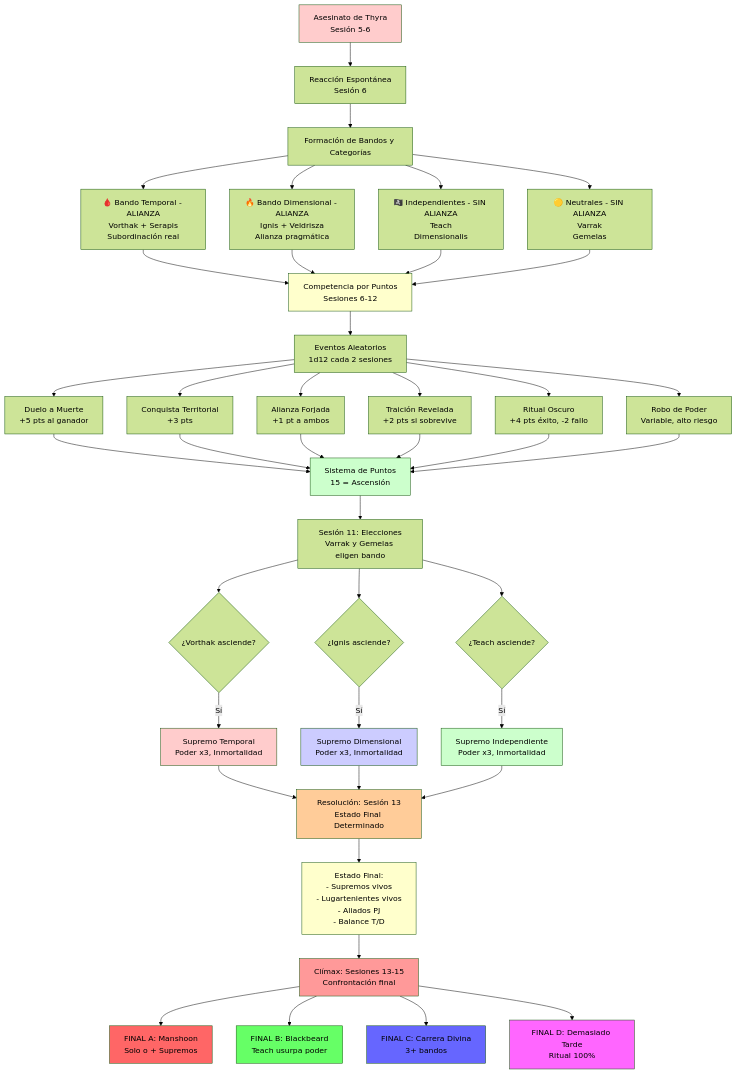
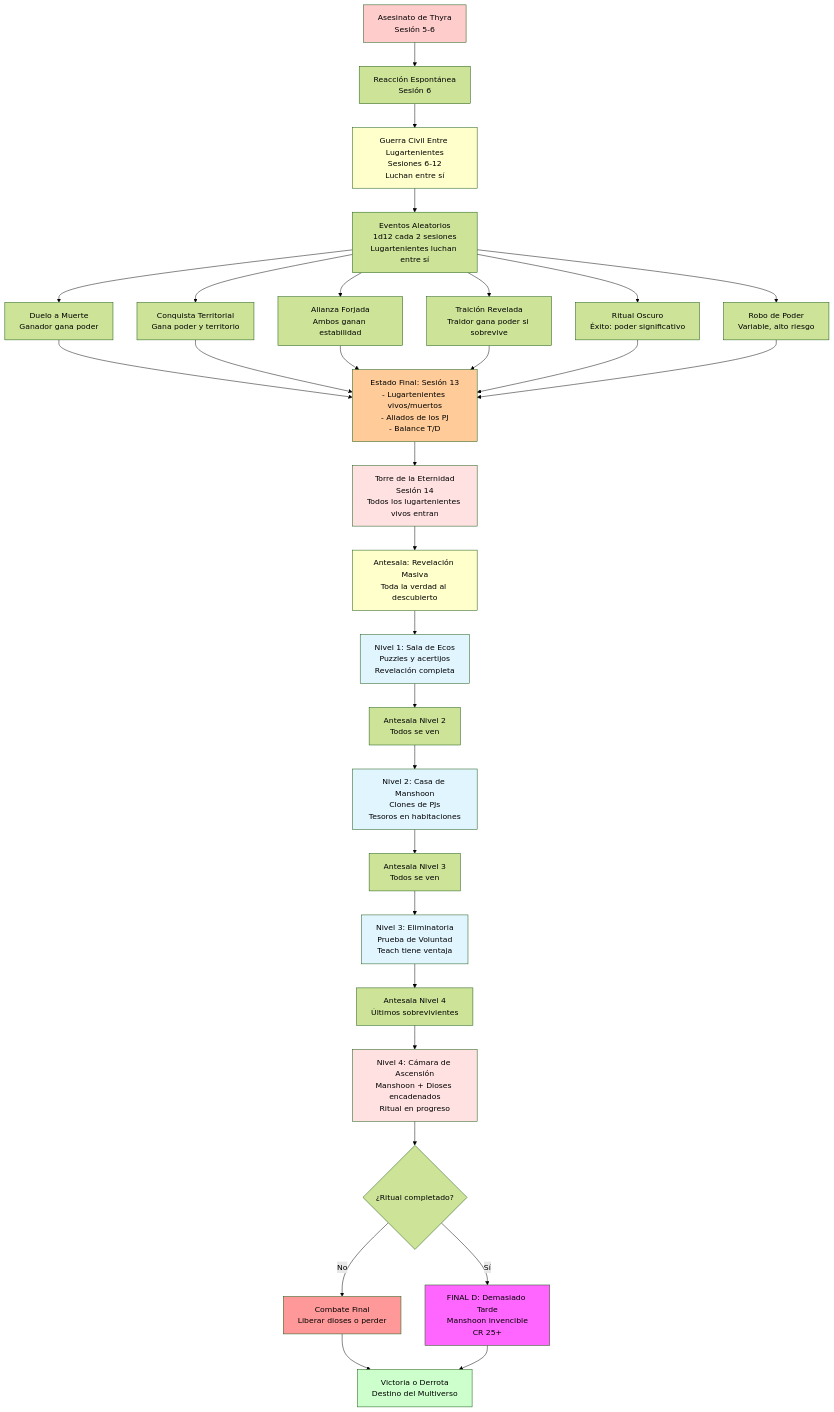
One commit to asantolaria/dnd-campaign-chronosia changed the diagram in Chronosia_Campana_Profesional/00_Esquemas/02_Ascension_Conclave.md. Above: the diagram before and after it, drawn with Mermaid (forest theme). The commit also changed other lines of this file and 70 other files, not shown here.

````diff
--- a/Chronosia_Campana_Profesional/00_Esquemas/02_Ascension_Conclave.md
+++ b/Chronosia_Campana_Profesional/00_Esquemas/02_Ascension_Conclave.md
@@ -18,69 +18,59 @@
 ```mermaid
 flowchart TD
     CATALIZADOR[Asesinato de Thyra<br/>Sesión 5-6] --> REACCION[Reacción Espontánea<br/>Sesión 6]
     
-    REACCION --> BANDOS[Formación de Bandos y Categorías]
+    REACCION --> COMPETENCIA[Guerra Civil Entre Lugartenientes<br/>Sesiones 6-12<br/>Luchan entre sí]
     
-    BANDOS --> BANDO_T[🩸 Bando Temporal - ALIANZA<br/>Vorthak + Serapis<br/>Subordinación real]
-    BANDOS --> BANDO_D[🔥 Bando Dimensional - ALIANZA<br/>Ignis + Veldrisza<br/>Alianza pragmática]
-    BANDOS --> INDEP[🏴‍☠️ Independientes - SIN ALIANZA<br/>Teach<br/>Dimensionalis]
-    BANDOS --> NEUTRAL[🟡 Neutrales - SIN ALIANZA<br/>Varrak<br/>Gemelas]
+    COMPETENCIA --> EVENTOS[Eventos Aleatorios<br/>1d12 cada 2 sesiones<br/>Lugartenientes luchan entre sí]
     
-    BANDO_T --> COMPETENCIA[Competencia por Puntos<br/>Sesiones 6-12]
-    BANDO_D --> COMPETENCIA
-    INDEP --> COMPETENCIA
-    NEUTRAL --> COMPETENCIA
-    
-    COMPETENCIA --> EVENTOS[Eventos Aleatorios<br/>1d12 cada 2 sesiones]
-    
-    EVENTOS --> E1[Duelo a Muerte<br/>+5 pts al ganador]
-    EVENTOS --> E2[Conquista Territorial<br/>+3 pts]
-    EVENTOS --> E3[Alianza Forjada<br/>+1 pt a ambos]
-    EVENTOS --> E4[Traición Revelada<br/>+2 pts si sobrevive]
-    EVENTOS --> E5[Ritual Oscuro<br/>+4 pts éxito, -2 fallo]
+    EVENTOS --> E1[Duelo a Muerte<br/>Ganador gana poder]
+    EVENTOS --> E2[Conquista Territorial<br/>Gana poder y territorio]
+    EVENTOS --> E3[Alianza Forjada<br/>Ambos ganan estabilidad]
+    EVENTOS --> E4[Traición Revelada<br/>Traidor gana poder si sobrevive]
+    EVENTOS --> E5[Ritual Oscuro<br/>Éxito: poder significativo]
     EVENTOS --> E6[Robo de Poder<br/>Variable, alto riesgo]
     
-    E1 --> PUNTOS[Sistema de Puntos<br/>15 = Ascensión]
-    E2 --> PUNTOS
-    E3 --> PUNTOS
-    E4 --> PUNTOS
-    E5 --> PUNTOS
-    E6 --> PUNTOS
+    E1 --> ESTADO_FINAL[Estado Final: Sesión 13<br/>- Lugartenientes vivos/muertos<br/>- Aliados de los PJ<br/>- Balance T/D]
+    E2 --> ESTADO_FINAL
+    E3 --> ESTADO_FINAL
+    E4 --> ESTADO_FINAL
+    E5 --> ESTADO_FINAL
+    E6 --> ESTADO_FINAL
     
-    PUNTOS --> S11[Sesión 11: Elecciones<br/>Varrak y Gemelas eligen bando]
+    ESTADO_FINAL --> TORRE[Torre de la Eternidad<br/>Sesión 14<br/>Todos los lugartenientes vivos entran]
     
-    S11 --> VORTHAK{¿Vorthak asciende?}
-    S11 --> IGNIS{¿Ignis asciende?}
-    S11 --> TEACH{¿Teach asciende?}
+    TORRE --> ANTESALA[Antesala: Revelación Masiva<br/>Toda la verdad al descubierto]
     
-    VORTHAK -->|Sí| SUPREMO1[Supremo Temporal<br/>Poder x3, Inmortalidad]
-    IGNIS -->|Sí| SUPREMO2[Supremo Dimensional<br/>Poder x3, Inmortalidad]
-    TEACH -->|Sí| SUPREMO3[Supremo Independiente<br/>Poder x3, Inmortalidad]
+    ANTESALA --> N1[Nivel 1: Sala de Ecos<br/>Puzzles y acertijos<br/>Revelación completa]
     
-    SUPREMO1 --> RESOLUCION[Resolución: Sesión 13<br/>Estado Final Determinado]
-    SUPREMO2 --> RESOLUCION
-    SUPREMO3 --> RESOLUCION
+    N1 --> ANTESALA2[Antesala Nivel 2<br/>Todos se ven]
+    ANTESALA2 --> N2[Nivel 2: Casa de Manshoon<br/>Clones de PJs<br/>Tesoros en habitaciones]
     
-    RESOLUCION --> ESTADO[Estado Final:<br/>- Supremos vivos<br/>- Lugartenientes vivos<br/>- Aliados PJ<br/>- Balance T/D]
+    N2 --> ANTESALA3[Antesala Nivel 3<br/>Todos se ven]
+    ANTESALA3 --> N3[Nivel 3: Eliminatoria<br/>Prueba de Voluntad<br/>Teach tiene ventaja]
     
-    ESTADO --> CLIMAX[Clímax: Sesiones 13-15<br/>Confrontación final]
+    N3 --> ANTESALA4[Antesala Nivel 4<br/>Últimos sobrevivientes]
+    ANTESALA4 --> N4[Nivel 4: Cámara de Ascensión<br/>Manshoon + Dioses encadenados<br/>Ritual en progreso]
     
-    CLIMAX --> FINAL_A[FINAL A: Manshoon<br/>Solo o + Supremos]
-    CLIMAX --> FINAL_B[FINAL B: Blackbeard<br/>Teach usurpa poder]
-    CLIMAX --> FINAL_C[FINAL C: Carrera Divina<br/>3+ bandos]
-    CLIMAX --> FINAL_D[FINAL D: Demasiado Tarde<br/>Ritual 100%]
+    N4 --> TIMING{¿Ritual completado?}
+    
+    TIMING -->|No| COMBATE[Combate Final<br/>Liberar dioses o perder]
+    TIMING -->|Sí| FINAL_D[FINAL D: Demasiado Tarde<br/>Manshoon invencible<br/>CR 25+]
+    
+    COMBATE --> RESULTADO[Victoria o Derrota<br/>Destino del Multiverso]
+    
+    FINAL_D --> RESULTADO
     
     style CATALIZADOR fill:#ffcccc
     style COMPETENCIA fill:#ffffcc
-    style PUNTOS fill:#ccffcc
-    style RESOLUCION fill:#ffcc99
-    style ESTADO fill:#ffffcc
-    style CLIMAX fill:#ff9999
-    style SUPREMO1 fill:#ffcccc
-    style SUPREMO2 fill:#ccccff
-    style SUPREMO3 fill:#ccffcc
-    style FINAL_A fill:#ff6666
-    style FINAL_B fill:#66ff66
-    style FINAL_C fill:#6666ff
+    style ESTADO_FINAL fill:#ffcc99
+    style TORRE fill:#ffe1e1
+    style ANTESALA fill:#ffffcc
+    style N1 fill:#e1f5ff
+    style N2 fill:#e1f5ff
+    style N3 fill:#e1f5ff
+    style N4 fill:#ffe1e1
+    style COMBATE fill:#ff9999
     style FINAL_D fill:#ff66ff
+    style RESULTADO fill:#ccffcc
 ```
````
